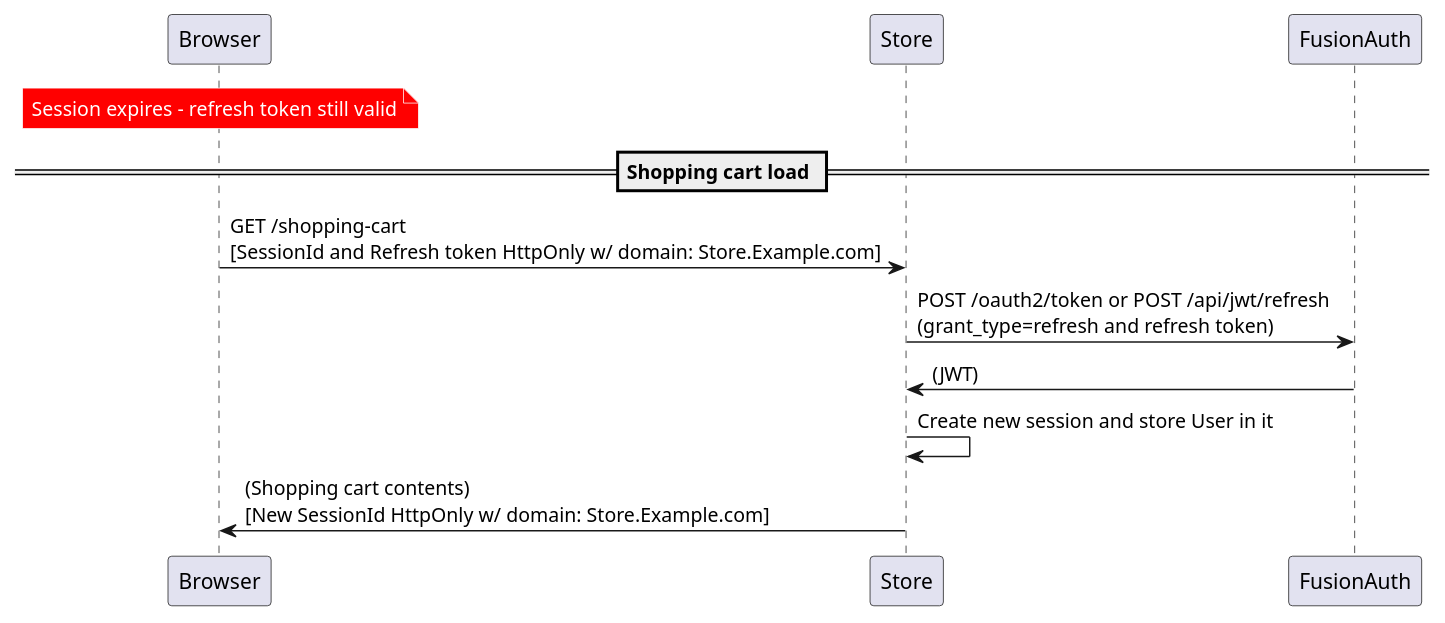
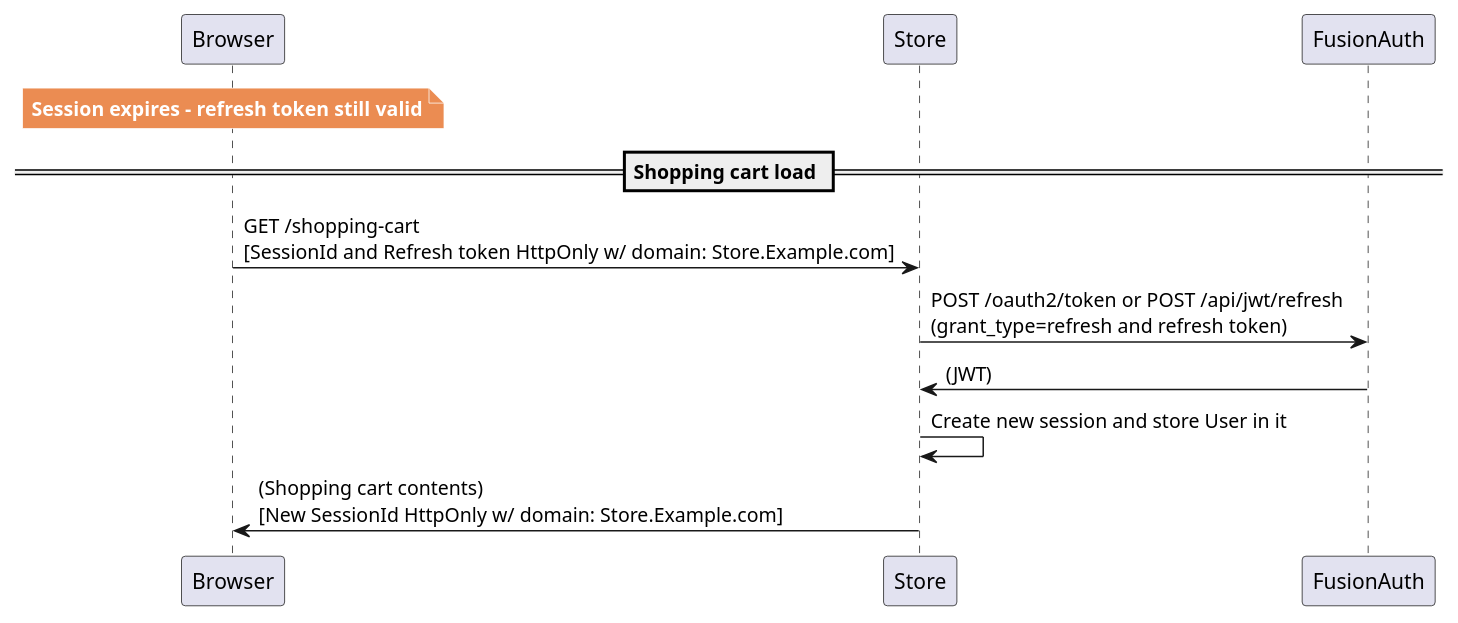
Before and after one commit to FusionAuth/fusionauth-site: the diagram in _diagrams/logins/WebApp/_shopping-cart-session-refresh-refresh.plantuml, drawn with PlantUML. The commit also changed 33 other files, not shown here.

Commit message:
More work on diagram design and login reference pages

```diff
--- a/_diagrams/logins/WebApp/_shopping-cart-session-refresh-refresh.plantuml
+++ b/_diagrams/logins/WebApp/_shopping-cart-session-refresh-refresh.plantuml
@@ -1,8 +1,8 @@
-note over Browser, Browser #red;line:white : <color white>Session expires - refresh token still valid</color>
+note over Browser, Browser #EB8C52;line:white : <color white><b>Session expires - refresh token still valid</b></color>
 
 == Shopping cart load ==
 Browser->Store : GET /shopping-cart\n[SessionId and Refresh token HttpOnly w/ domain: Store.Example.com]
 Store->FusionAuth : POST /oauth2/token or POST /api/jwt/refresh\n(grant_type=refresh and refresh token)
 FusionAuth->Store : (JWT)
 Store->Store : Create new session and store User in it
 Store->Browser : (Shopping cart contents)\n[New SessionId HttpOnly w/ domain: Store.Example.com]
```
